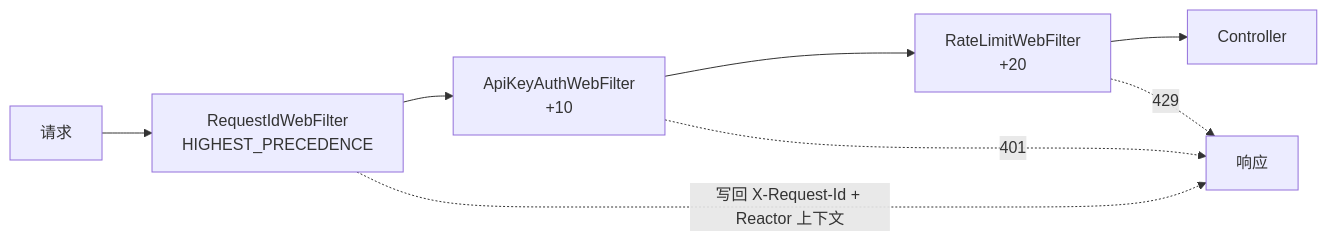
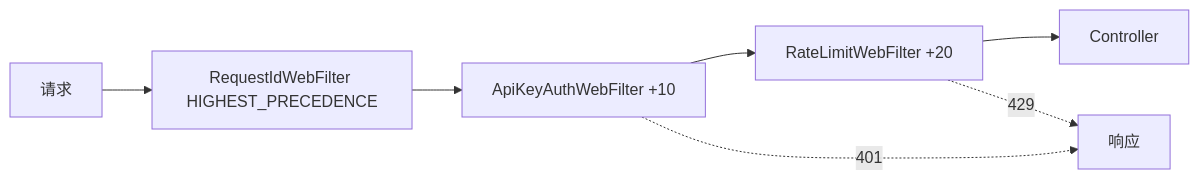
Diagram 23 of 26 in docs/详细技术文档.md (liulangjietou/customer_work), drawn with Mermaid before and after one commit. The commit also changed other lines of this file, not shown here.

````diff
--- a/docs/详细技术文档.md
+++ b/docs/详细技术文档.md
@@ -638,10 +741,9 @@
 ```mermaid
 flowchart LR
-    REQ[请求] --> F0["RequestIdWebFilter<br/>HIGHEST_PRECEDENCE"]
-    F0 --> F1["ApiKeyAuthWebFilter<br/>+10"]
-    F1 --> F2["RateLimitWebFilter<br/>+20"]
+    REQ[请求] --> F0["RequestIdWebFilter HIGHEST_PRECEDENCE"]
+    F0 --> F1["ApiKeyAuthWebFilter +10"]
+    F1 --> F2["RateLimitWebFilter +20"]
     F2 --> CTRL[Controller]
-    F0 -. 写回 X-Request-Id + Reactor 上下文 .-> RESP
     F1 -. 401 .-> RESP[响应]
     F2 -. 429 .-> RESP
 ```
````
